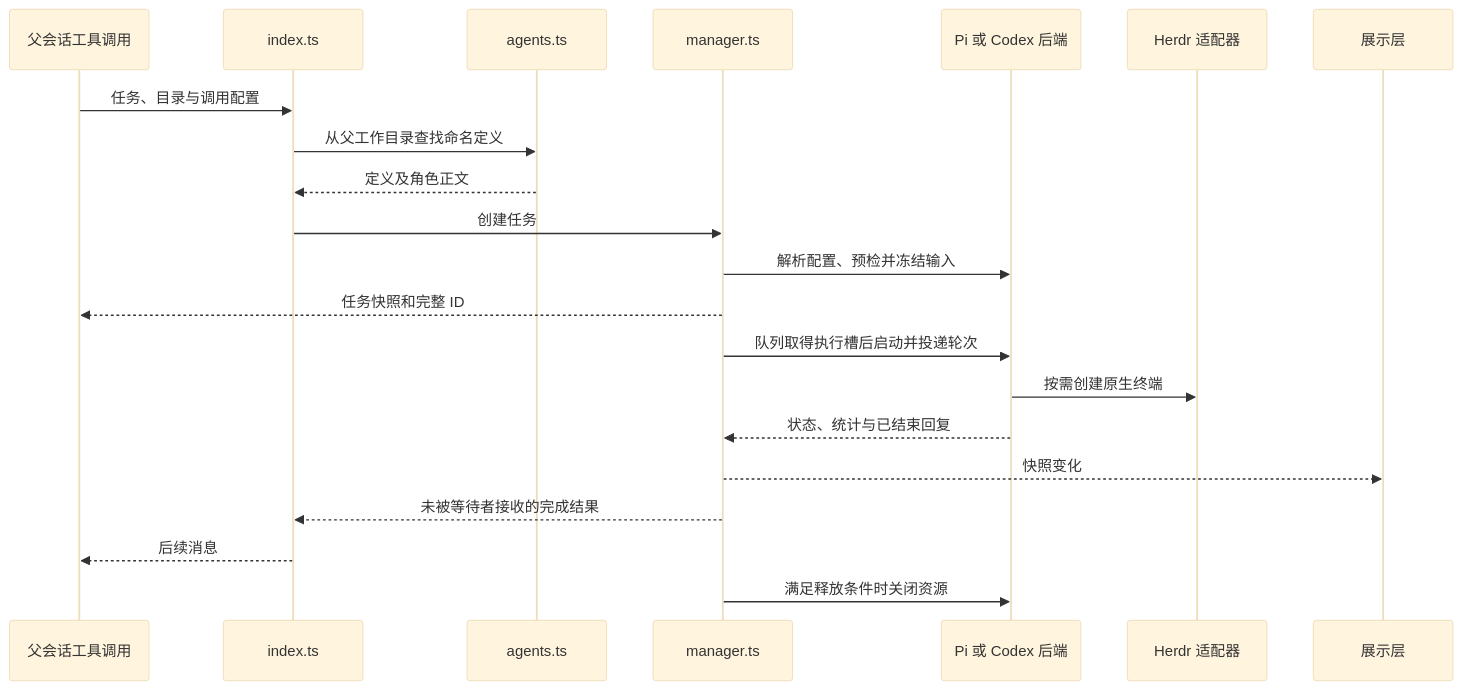
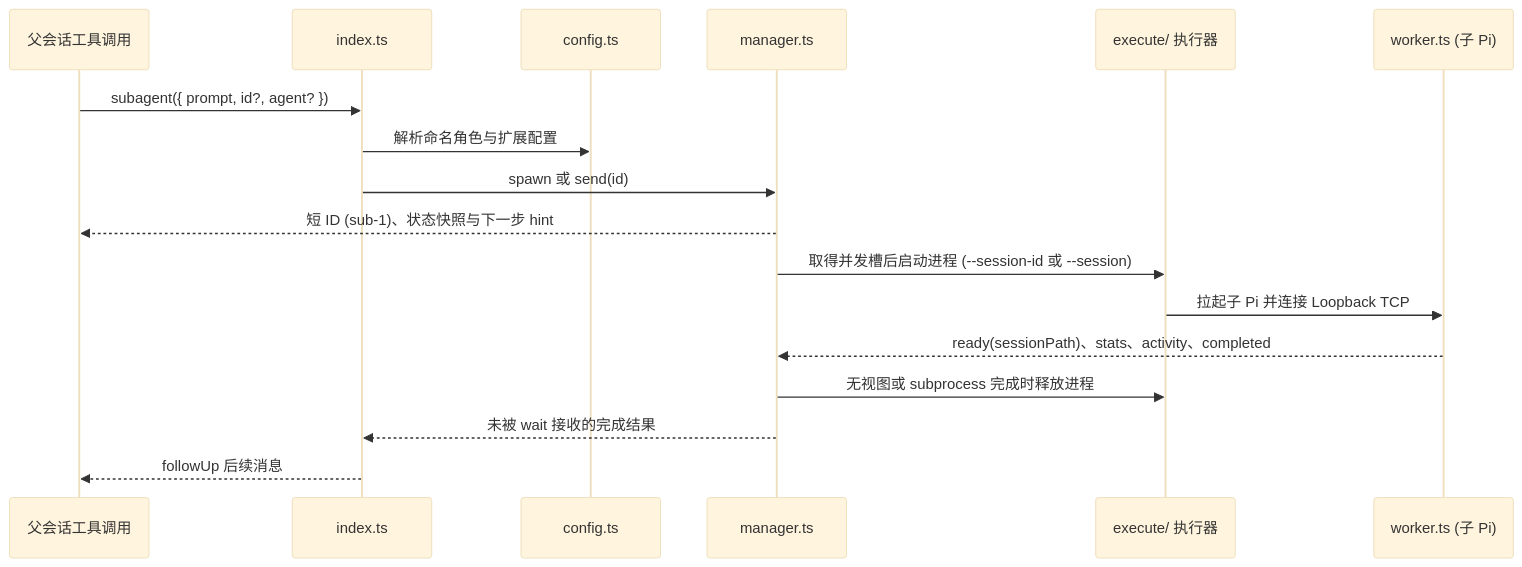
One commit to aqua2k1/pi-kits changed the second of 2 diagrams in extensions/pi-subagent/docs/architecture.md. Above: the diagram before and after it, drawn with Mermaid (base theme). The commit also changed other lines of this file and 69 other files, not shown here.

Commit message:
refactor(pi-subagent): simplify to two-layer config/execute architecture and ECS state

````diff
--- a/extensions/pi-subagent/docs/architecture.md
+++ b/extensions/pi-subagent/docs/architecture.md
@@ -52,23 +39,19 @@
 ```mermaid
 sequenceDiagram
   participant Parent as 父会话工具调用
   participant Entry as index.ts
-  participant Definitions as agents.ts
+  participant Config as config.ts
   participant Manager as manager.ts
-  participant Runtime as Pi 或 Codex 后端
-  participant Herdr as Herdr 适配器
-  participant UI as 展示层
-  Parent->>Entry: 任务、目录与调用配置
-  Entry->>Definitions: 从父工作目录查找命名定义
-  Definitions-->>Entry: 定义及角色正文
-  Entry->>Manager: 创建任务
-  Manager->>Runtime: 解析配置、预检并冻结输入
-  Manager-->>Parent: 任务快照和完整 ID
-  Manager->>Runtime: 队列取得执行槽后启动并投递轮次
-  Runtime->>Herdr: 按需创建原生终端
-  Runtime-->>Manager: 状态、统计与已结束回复
-  Manager-->>UI: 快照变化
-  Manager-->>Entry: 未被等待者接收的完成结果
-  Entry-->>Parent: 后续消息
-  Manager->>Runtime: 满足释放条件时关闭资源
+  participant Exec as execute/ 执行器
+  participant Worker as worker.ts (子 Pi)
+  Parent->>Entry: subagent({ prompt, id?, agent? })
+  Entry->>Config: 解析命名角色与扩展配置
+  Entry->>Manager: spawn 或 send(id)
+  Manager-->>Parent: 短 ID (sub-1)、状态快照与下一步 hint
+  Manager->>Exec: 取得并发槽后启动进程 (--session-id 或 --session)
+  Exec->>Worker: 拉起子 Pi 并连接 Loopback TCP
+  Worker-->>Manager: ready(sessionPath)、stats、activity、completed
+  Manager->>Exec: 无视图或 subprocess 完成时释放进程
+  Manager-->>Entry: 未被 wait 接收的完成结果
+  Entry-->>Parent: followUp 后续消息
 ```
````
